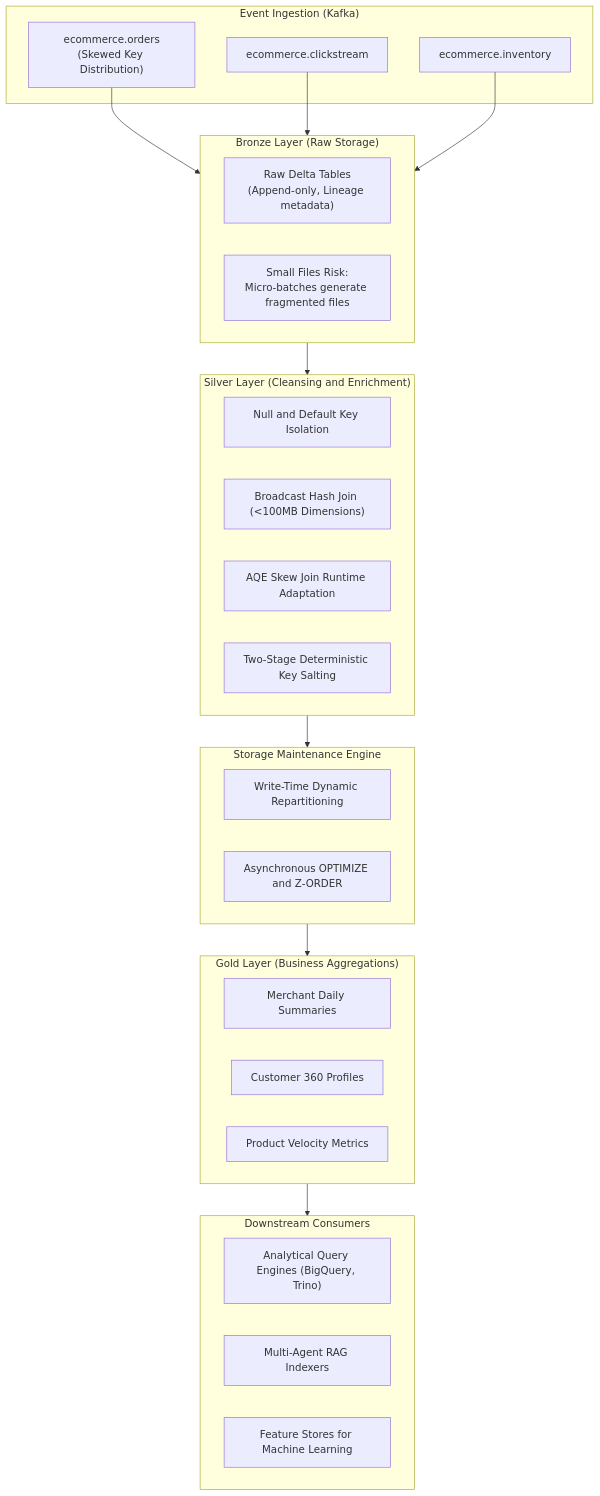
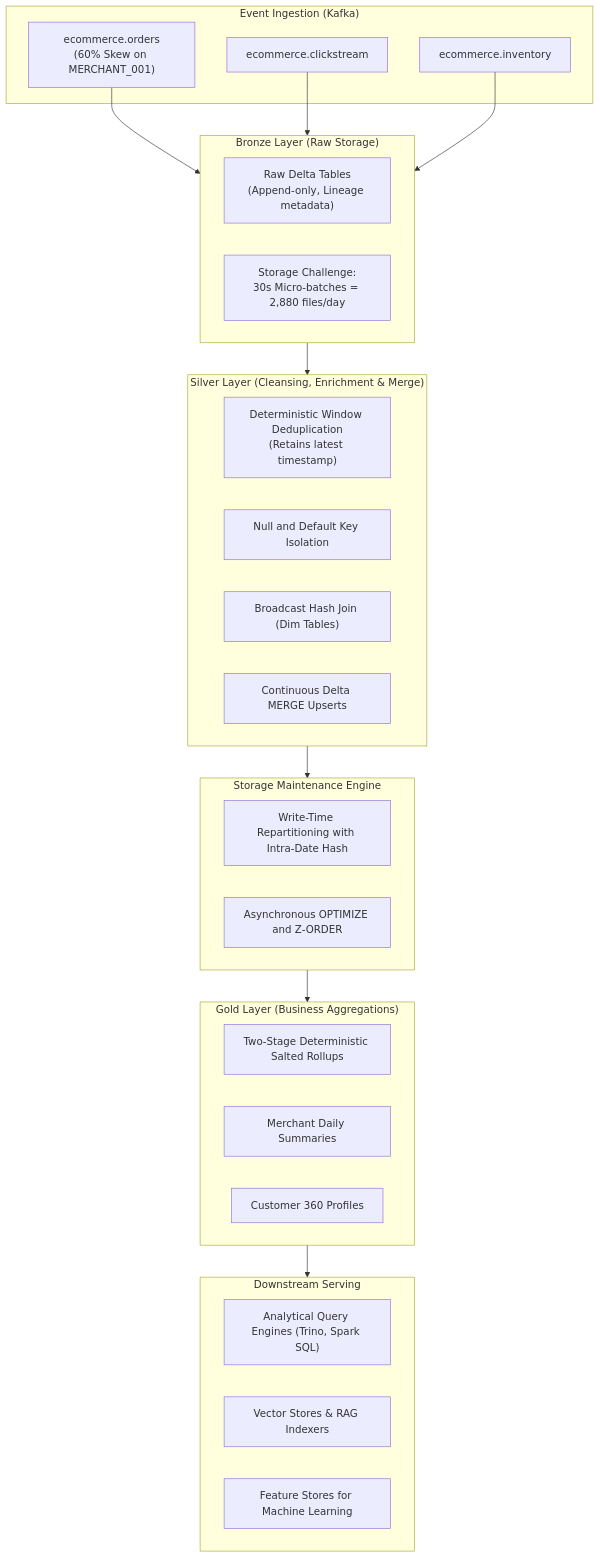
The diagram in README.md (Nirrajkadam/ecommerce-data-lakehouse), drawn with Mermaid before and after one commit. The commit also changed other lines of this file and 19 other files, not shown here.

Commit message:
fix: resolve Delta startup, null-merchant aggregation, latest-order deduplication, and streaming pipeline

````diff
--- a/README.md
+++ b/README.md
@@ -31,43 +32,43 @@
 ```mermaid
 flowchart TD
     subgraph Ingestion["Event Ingestion (Kafka)"]
-        K1["ecommerce.orders<br/>(Skewed Key Distribution)"]
+        K1["ecommerce.orders<br/>(60% Skew on MERCHANT_001)"]
         K2["ecommerce.clickstream"]
         K3["ecommerce.inventory"]
     end
 
     subgraph Bronze["Bronze Layer (Raw Storage)"]
         B1["Raw Delta Tables<br/>(Append-only, Lineage metadata)"]
-        B2["Small Files Risk:<br/>Micro-batches generate fragmented files"]
+        B2["Storage Challenge:<br/>30s Micro-batches = 2,880 files/day"]
     end
 
-    subgraph Silver["Silver Layer (Cleansing and Enrichment)"]
-        S1["Null and Default Key Isolation"]
-        S2["Broadcast Hash Join (<100MB Dimensions)"]
-        S3["AQE Skew Join Runtime Adaptation"]
-        S4["Two-Stage Deterministic Key Salting"]
+    subgraph Silver["Silver Layer (Cleansing, Enrichment & Merge)"]
+        S1["Deterministic Window Deduplication<br/>(Retains latest timestamp)"]
+        S2["Null and Default Key Isolation"]
+        S3["Broadcast Hash Join (Dim Tables)"]
+        S4["Continuous Delta MERGE Upserts"]
     end
 
     subgraph Compaction["Storage Maintenance Engine"]
-        C1["Write-Time Dynamic Repartitioning"]
+        C1["Write-Time Repartitioning with Intra-Date Hash"]
         C2["Asynchronous OPTIMIZE and Z-ORDER"]
     end
 
     subgraph Gold["Gold Layer (Business Aggregations)"]
-        G1["Merchant Daily Summaries"]
-        G2["Customer 360 Profiles"]
-        G3["Product Velocity Metrics"]
+        G1["Two-Stage Deterministic Salted Rollups"]
+        G2["Merchant Daily Summaries"]
+        G3["Customer 360 Profiles"]
     end
 
-    subgraph Downstream["Downstream Consumers"]
-        D1["Analytical Query Engines (BigQuery, Trino)"]
-        D2["Multi-Agent RAG Indexers"]
+    subgraph Downstream["Downstream Serving"]
+        D1["Analytical Query Engines (Trino, Spark SQL)"]
+        D2["Vector Stores & RAG Indexers"]
         D3["Feature Stores for Machine Learning"]
     end
 
     K1 & K2 & K3 --> Bronze
     Bronze --> Silver
     Silver --> Compaction
     Compaction --> Gold
     Gold --> Downstream
 ```
````
